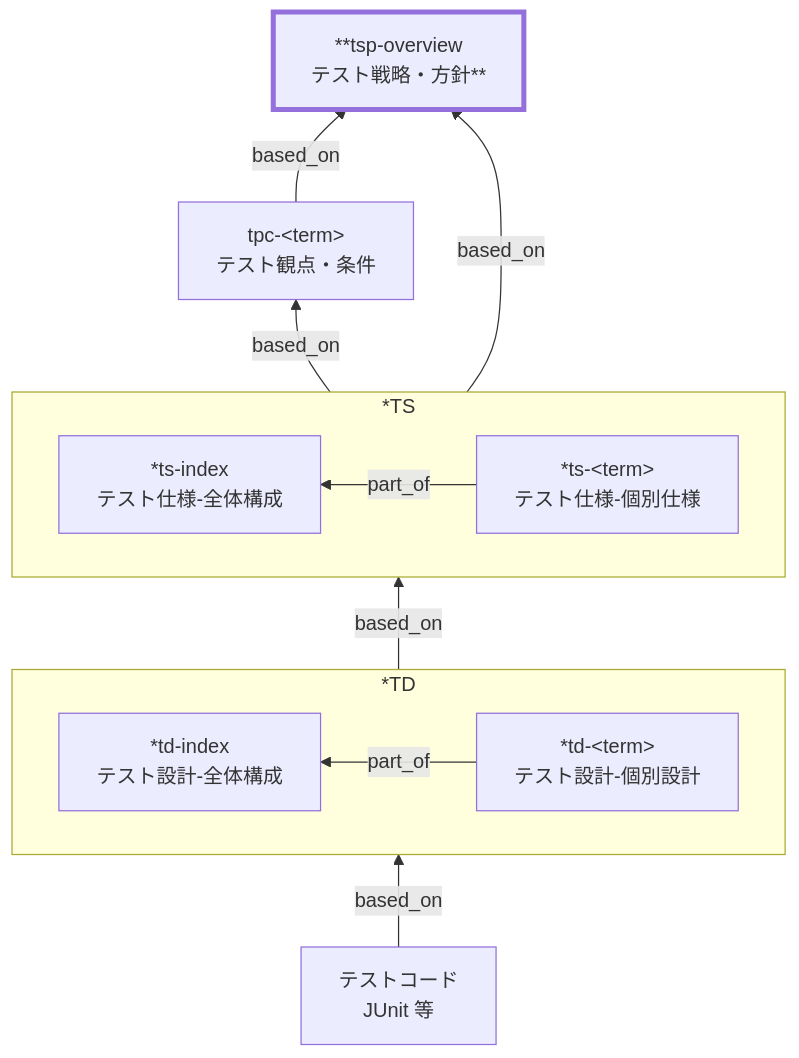
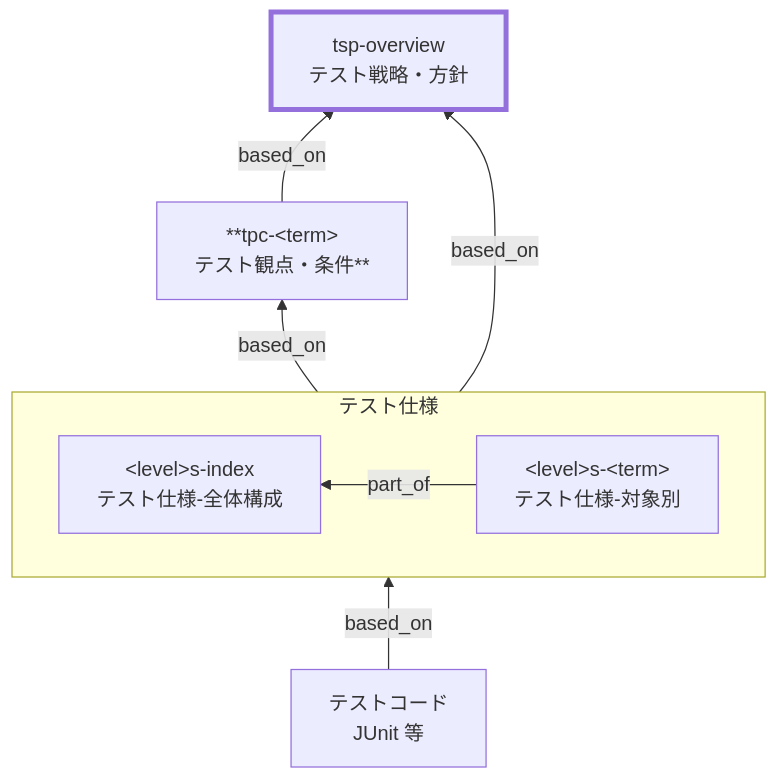
Before and after one commit to specdojo/spec-dojo-handbook: the diagram in docs/ja/handbook/rules/tsp-rules.md, drawn with Mermaid. The commit also changed other lines of this file and 1 other file, not shown here.

Commit message:
docs(update): スコープ定義の変更をtsp, tpc-rulesに反映

````diff
--- a/docs/ja/handbook/rules/tsp-rules.md
+++ b/docs/ja/handbook/rules/tsp-rules.md
@@ -40,30 +40,23 @@
 ```mermaid
 flowchart BT
-  TSP["**tsp-overview<br>テスト戦略・方針**"]
-  TPC["tpc-&lt;term&gt;<br>テスト観点・条件"]
+  TSP["tsp-overview<br>テスト戦略・方針"]
+  TPC["**tpc-&lt;term&gt;<br>テスト観点・条件**"]
 
-  subgraph xTS[*TS]
+  subgraph LS["テスト仕様"]
   direction RL
-    xTSIndex["*ts-index<br>テスト仕様-全体構成"]
-    xTSDetail["*ts-&lt;term&gt;<br>テスト仕様-個別仕様"]
-    xTSDetail -->|part_of| xTSIndex
-  end
-
-  subgraph xTD[*TD]
-  direction RL
-    xTDIndex["*td-index<br>テスト設計-全体構成"]
-    xTDDetail["*td-&lt;term&gt;<br>テスト設計-個別設計"]
-    xTDDetail -->|part_of| xTDIndex
+    LSIndex["&lt;level&gt;s-index<br>テスト仕様-全体構成"]
+    LSDetail["&lt;level&gt;s-&lt;term&gt;<br>テスト仕様-対象別"]
+    LSDetail -->|part_of| LSIndex
   end
 
   TC["テストコード<br>JUnit 等"]
 
   TPC -->|based_on| TSP
-  xTD -->|based_on| xTS
-  TC -->|based_on| xTD
-  xTS -->|based_on| TSP
-  xTS -->|based_on| TPC
+  LS -->|based_on| TSP
+  LS -->|based_on| TPC
+  TC -->|based_on| LS
+
 
   classDef target stroke-width:4px
   class TSP target
 ```
````
